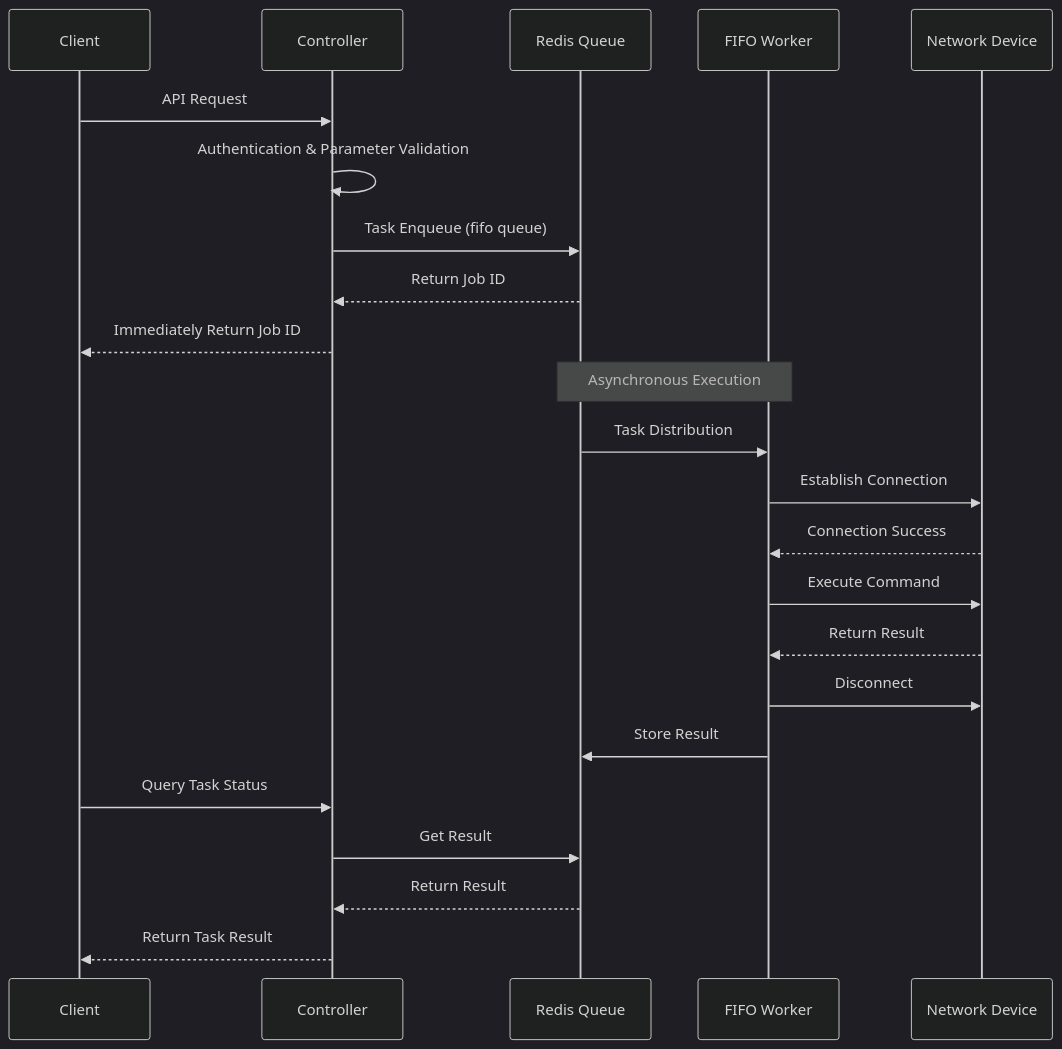
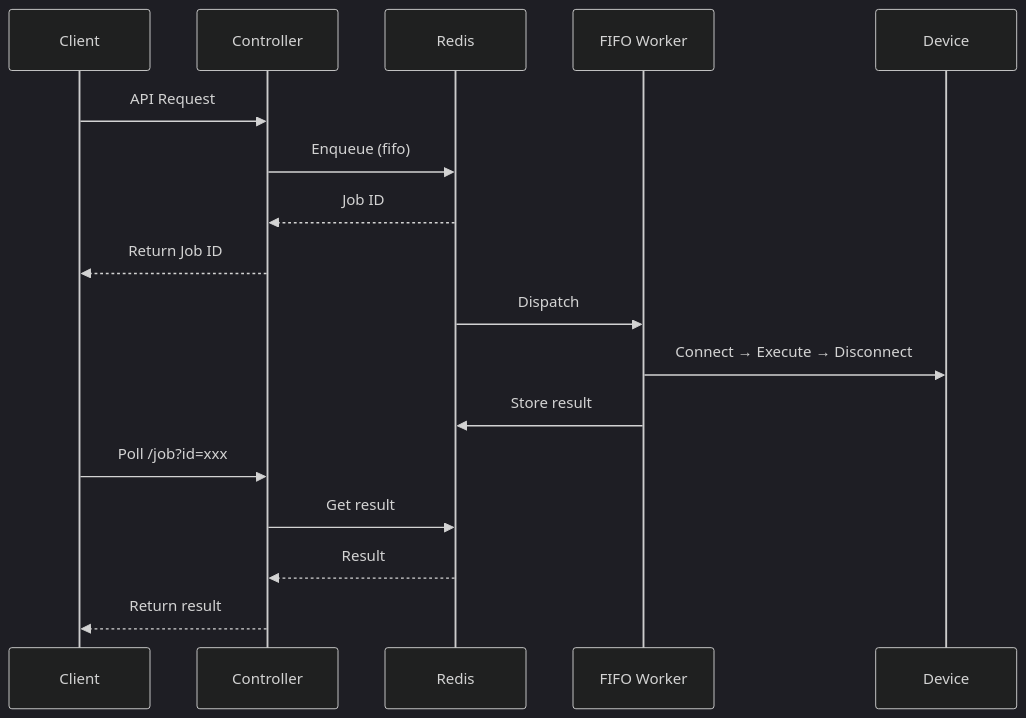
Before and after one commit to scitix/netpulse: the second of 3 diagrams in docs/en/architecture/architecture-overview.md, drawn with Mermaid (dark theme). The commit also changed other lines of this file and 58 other files, not shown here.

````diff
--- a/docs/en/architecture/architecture-overview.md
+++ b/docs/en/architecture/architecture-overview.md
@@ -180,28 +76,16 @@
 ```mermaid
 sequenceDiagram
-    participant Client as Client
-    participant Controller as Controller
-    participant Redis as Redis Queue
-    participant FIFOWorker as FIFO Worker
-    participant Device as Network Device
-    
     Client->>Controller: API Request
-    Controller->>Controller: Authentication & Parameter Validation
-    Controller->>Redis: Task Enqueue (fifo queue)
-    Redis-->>Controller: Return Job ID
-    Controller-->>Client: Immediately Return Job ID
-    
-    Note over Redis,FIFOWorker: Asynchronous Execution
-    Redis->>FIFOWorker: Task Distribution
-    FIFOWorker->>Device: Establish Connection
-    Device-->>FIFOWorker: Connection Success
-    FIFOWorker->>Device: Execute Command
-    Device-->>FIFOWorker: Return Result
-    FIFOWorker->>Device: Disconnect
-    FIFOWorker->>Redis: Store Result
-    
-    Client->>Controller: Query Task Status
-    Controller->>Redis: Get Result
-    Redis-->>Controller: Return Result
-    Controller-->>Client: Return Task Result
+    Controller->>Redis: Enqueue (fifo)
+    Redis-->>Controller: Job ID
+    Controller-->>Client: Return Job ID
+
+    Redis->>FIFO Worker: Dispatch
+    FIFO Worker->>Device: Connect → Execute → Disconnect
+    FIFO Worker->>Redis: Store result
+
+    Client->>Controller: Poll /job?id=xxx
+    Controller->>Redis: Get result
+    Redis-->>Controller: Result
+    Controller-->>Client: Return result
 ```
````
